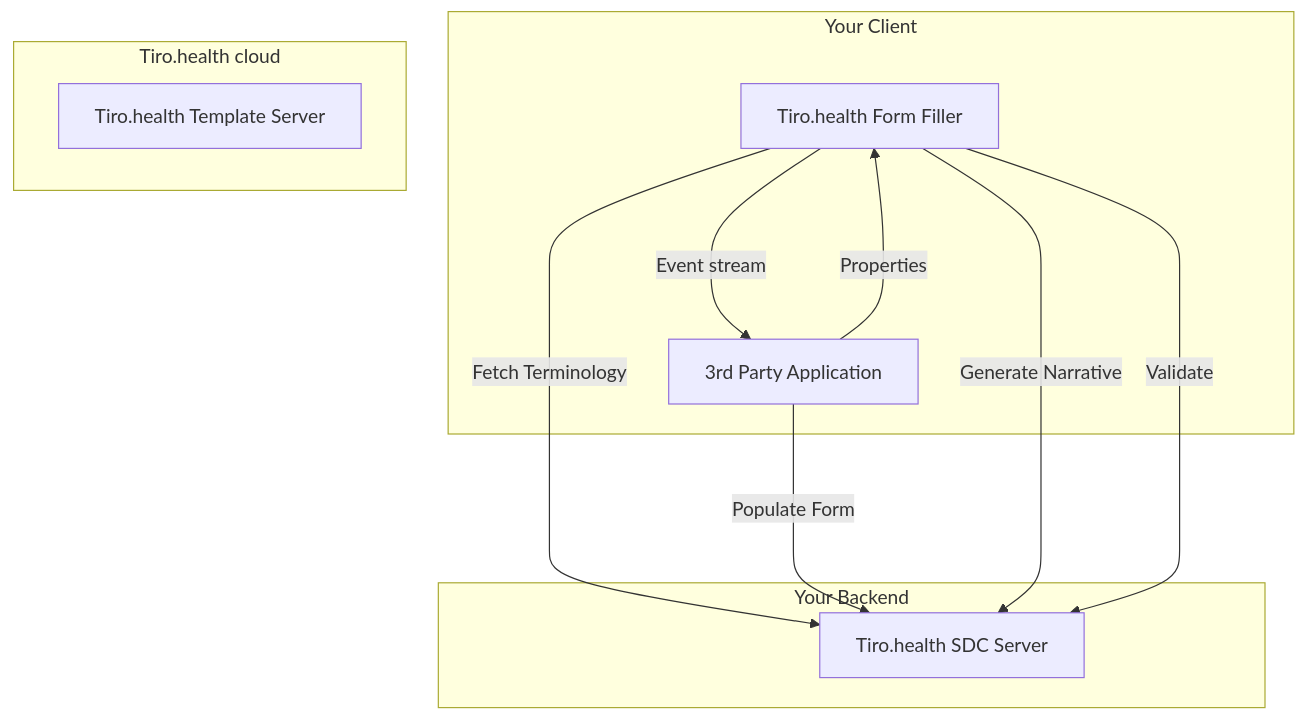
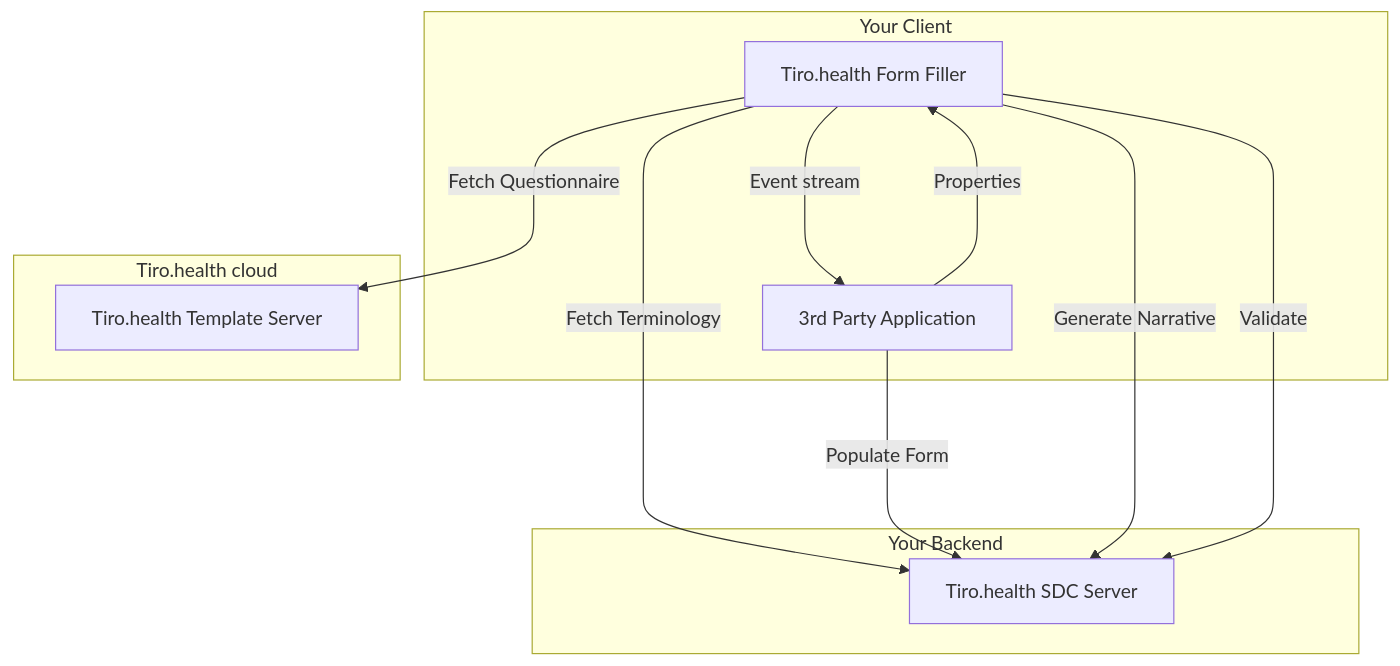
One commit to Tiro-health/atticus-docs changed the first of 2 diagrams in src/app/form-sdk/page.mdx. Above: the diagram before and after it, drawn with Mermaid.

Commit message:
Add Fetch Questionnaire flow to page.mdx

````diff
--- a/src/app/form-sdk/page.mdx
+++ b/src/app/form-sdk/page.mdx
@@ -56,21 +56,22 @@
 ```mermaid
 flowchart TD
 
 	subgraph Your Client
 			FF[Tiro.health Form Filler]
 			HA[3rd Party Application]
 	end
 	subgraph Your Backend
 			SDC[Tiro.health SDC Server]
 	end
 	subgraph Tiro.health cloud
 			TS[Tiro.health Template Server]
 	end
+	FF --->|Fetch Questionnaire| TS
 	FF --->|Fetch Terminology| SDC
 	HA --->|Populate Form| SDC
 	FF --->|Generate Narrative| SDC
 	FF --->|Validate| SDC
 
 	FF --->|Event stream| HA
 	HA --->|Properties| FF
 ```
````
